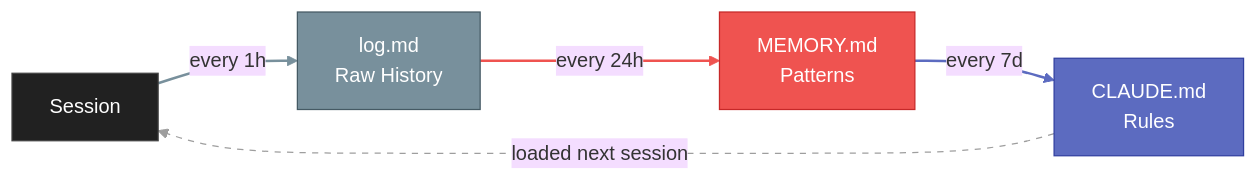
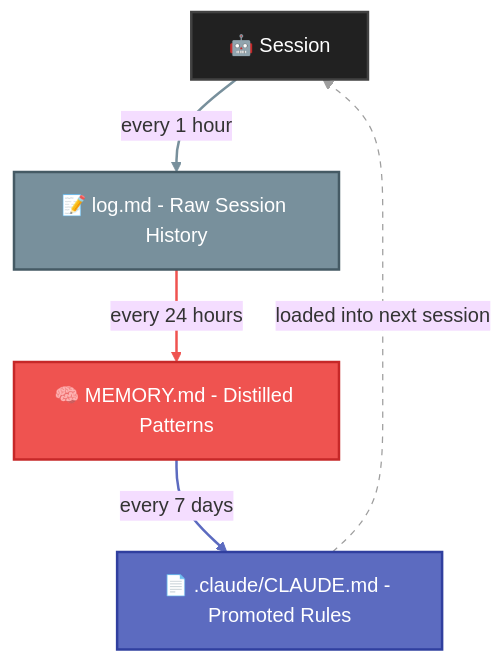
Before and after one commit to jameswniu/claude-os: the second of 3 diagrams in README.md, drawn with Mermaid (base theme). The commit also changed other lines of this file, not shown here.

First line of the commit message:
Make diagrams larger: switch to TD flowcharts with descriptive labels

````diff
--- a/README.md
+++ b/README.md
@@ -37,17 +35,22 @@
 ```mermaid
-flowchart LR
-    S["Session"] -- "every 1h" --> L["log.md\nRaw History"]
-    L -- "every 24h" --> D["MEMORY.md\nPatterns"]
-    D -- "every 7d" --> R["CLAUDE.md\nRules"]
-    R -. "loaded next session" .-> S
+flowchart TD
+    S["🤖 Session"]
+    L["📝 log.md - Raw Session History"]
+    D["🧠 MEMORY.md - Distilled Patterns"]
+    R["📄 .claude/CLAUDE.md - Promoted Rules"]
 
-    style S fill:#212121,color:#fff,stroke:#424242
-    style L fill:#78909C,color:#fff,stroke:#455A64
-    style D fill:#EF5350,color:#fff,stroke:#C62828
-    style R fill:#5C6BC0,color:#fff,stroke:#303F9F
+    S -- "every 1 hour" --> L
+    L -- "every 24 hours" --> D
+    D -- "every 7 days" --> R
+    R -. "loaded into next session" .-> S
+
+    style S fill:#212121,color:#fff,stroke:#424242,stroke-width:2px
+    style L fill:#78909C,color:#fff,stroke:#455A64,stroke-width:2px
+    style D fill:#EF5350,color:#fff,stroke:#C62828,stroke-width:2px
+    style R fill:#5C6BC0,color:#fff,stroke:#303F9F,stroke-width:2px
 
     linkStyle 0 stroke:#78909C,stroke-width:2px
     linkStyle 1 stroke:#EF5350,stroke-width:2px
     linkStyle 2 stroke:#5C6BC0,stroke-width:2px
     linkStyle 3 stroke:#9E9E9E,stroke-width:1px,stroke-dasharray:5
 ```
````
